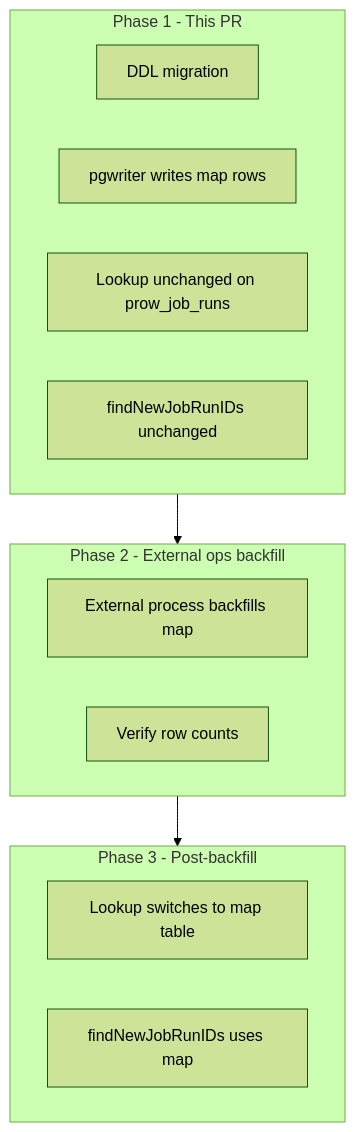
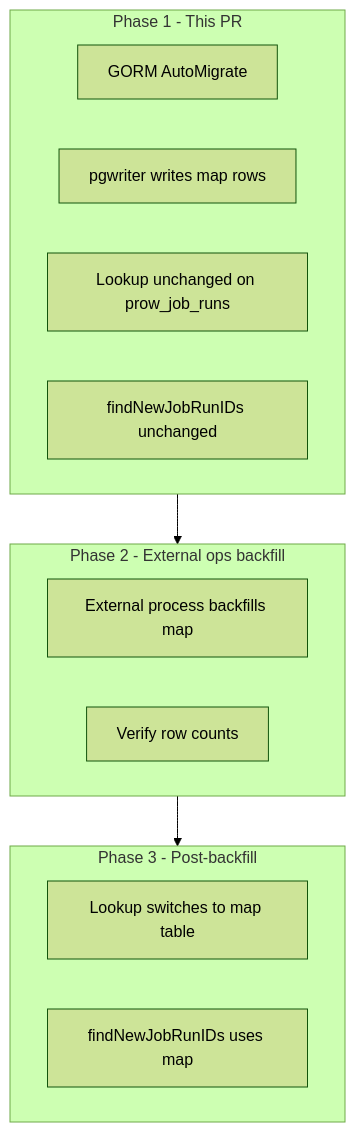
One commit to openshift/sippy changed the diagram in docs/plans/trt-2709-job-run-id-mapping.md. Above: the diagram before and after it, drawn with Mermaid (forest theme). The commit also changed other lines of this file, not shown here.

Commit message:
trt-2709: update gorm usage for jobrunid mapping plan

````diff
--- a/docs/plans/trt-2709-job-run-id-mapping.md
+++ b/docs/plans/trt-2709-job-run-id-mapping.md
@@ -33,18 +33,18 @@
 ```mermaid
 flowchart TB
   subgraph phase1 [Phase 1 - This PR]
-    Migrate[DDL migration]
+    AutoMigrate[GORM AutoMigrate]
     PgWriter[pgwriter writes map rows]
     LookupUnchanged[Lookup unchanged on prow_job_runs]
     FindNew[findNewJobRunIDs unchanged]
   end
   subgraph phase2 [Phase 2 - External ops backfill]
     Backfill[External process backfills map]
     Verify[Verify row counts]
   end
   subgraph phase3 [Phase 3 - Post-backfill]
     SwitchLookup[Lookup switches to map table]
     FindNewMap[findNewJobRunIDs uses map]
   end
   phase1 --> phase2 --> phase3
 ```
````
